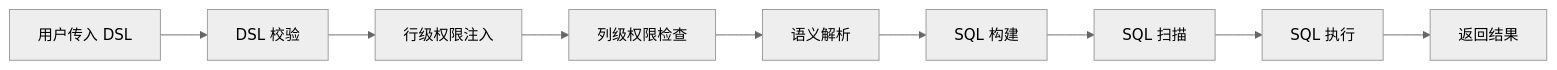
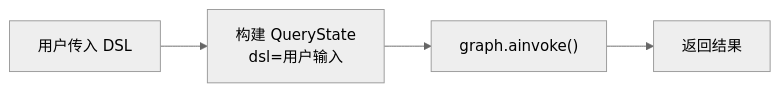
One commit to kobegy248/nl2dsl-engine changed the eighth of 11 diagrams in docs/query-flow.md. Above: the diagram before and after it, drawn with Mermaid (neutral theme). The commit also changed other lines of this file, not shown here.

Commit message:
docs: update query-flow.md with LangGraph StateGraph architecture

````diff
--- a/docs/query-flow.md
+++ b/docs/query-flow.md
@@ -259,7 +275,5 @@
 ```mermaid
 flowchart LR
-    A["用户传入 DSL"] --> B["DSL 校验"] --> C["行级权限注入"]
-    C --> D["列级权限检查"] --> E["语义解析"]
-    E --> F["SQL 构建"] --> G["SQL 扫描"]
-    G --> H["SQL 执行"] --> I["返回结果"]
+    A["用户传入 DSL"] --> B["构建 QueryState<br/>dsl=用户输入"] --> C["graph.ainvoke()"]
+    C --> D["返回结果"]
 ```
````
